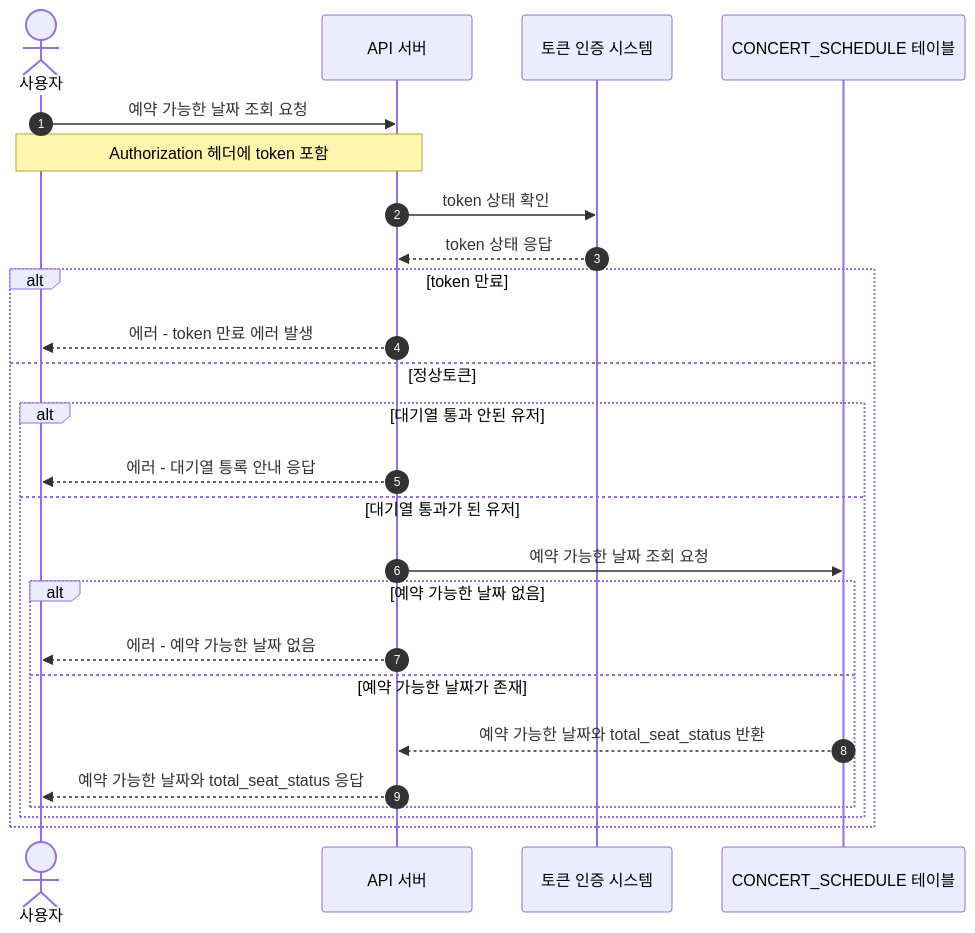
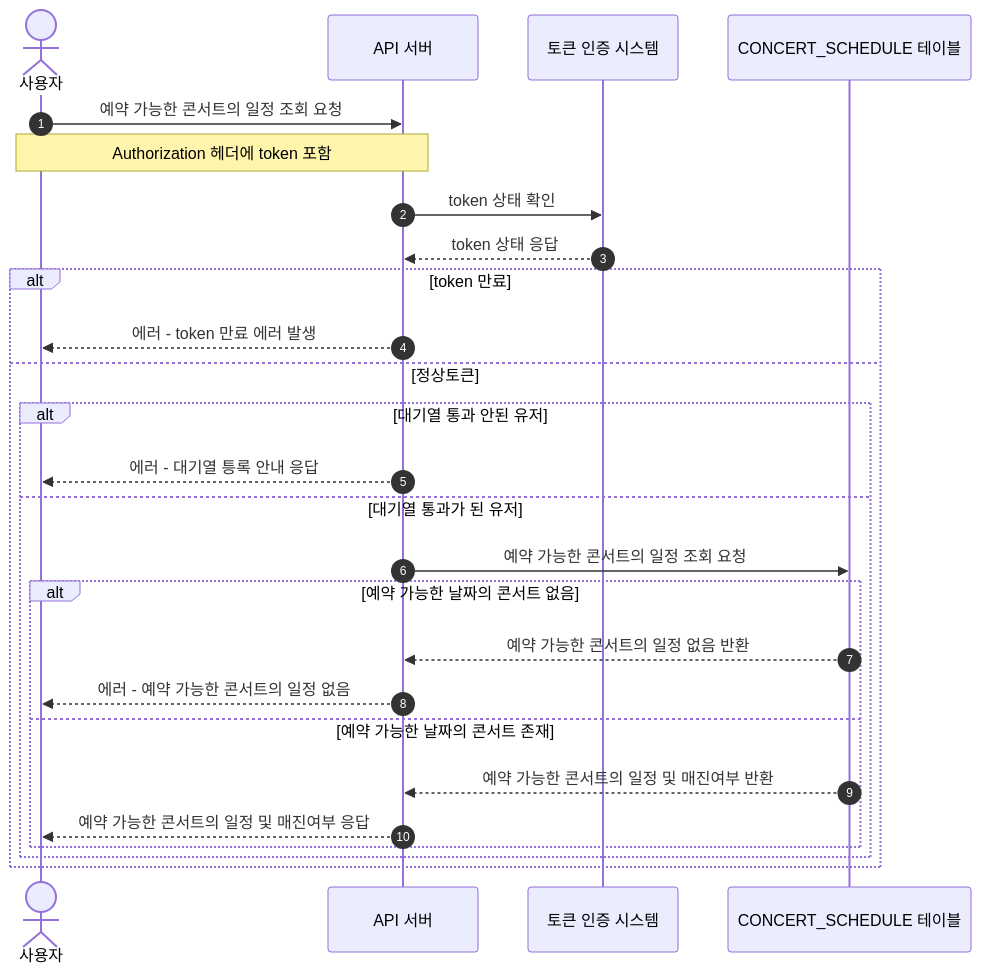
One commit to Cheondongmin/concert-java changed the third of 8 diagrams in docs/sequence.md. Above: the diagram before and after it, drawn with Mermaid. The commit also changed other lines of this file and 2 other files, not shown here.

````diff
--- a/docs/sequence.md
+++ b/docs/sequence.md
@@ -56,27 +68,28 @@
 ```mermaid
 sequenceDiagram
     autonumber
     actor 사용자 as 사용자
     participant API as API 서버
     participant AUTH as 토큰 인증 시스템
     participant CONCERT_SCHEDULE as CONCERT_SCHEDULE 테이블
-    사용자 ->> API: 예약 가능한 날짜 조회 요청
+    사용자 ->> API: 예약 가능한 콘서트의 일정 조회 요청
     Note over 사용자, API: Authorization 헤더에 token 포함
     API ->> AUTH: token 상태 확인
     AUTH -->> API: token 상태 응답
     alt token 만료
         API -->> 사용자: 에러 - token 만료 에러 발생
     else 정상토큰
         alt 대기열 통과 안된 유저
         API -->> 사용자: 에러 - 대기열 틍록 안내 응답
         else 대기열 통과가 된 유저
-            API ->> CONCERT_SCHEDULE: 예약 가능한 날짜 조회 요청
-            alt 예약 가능한 날짜 없음
-                API -->> 사용자: 에러 - 예약 가능한 날짜 없음
-            else 예약 가능한 날짜가 존재
-                CONCERT_SCHEDULE -->> API: 예약 가능한 날짜와 total_seat_status 반환
-                API -->> 사용자: 예약 가능한 날짜와 total_seat_status 응답
+            API ->> CONCERT_SCHEDULE: 예약 가능한 콘서트의 일정 조회 요청
+            alt 예약 가능한 날짜의 콘서트 없음
+                CONCERT_SCHEDULE -->> API: 예약 가능한 콘서트의 일정 없음 반환
+                API -->> 사용자: 에러 - 예약 가능한 콘서트의 일정 없음
+            else 예약 가능한 날짜의 콘서트 존재
+                CONCERT_SCHEDULE -->> API: 예약 가능한 콘서트의 일정 및 매진여부 반환
+                API -->> 사용자: 예약 가능한 콘서트의 일정 및 매진여부 응답
             end
         end
     end
 ```
````
